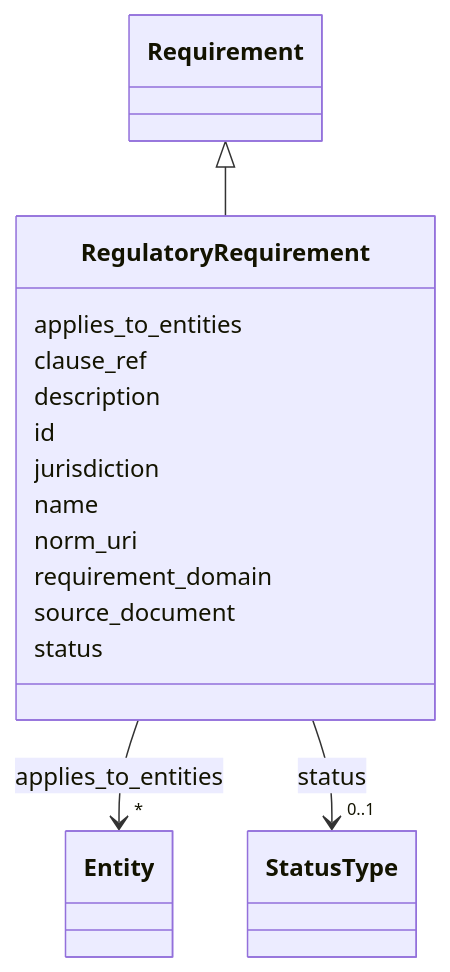
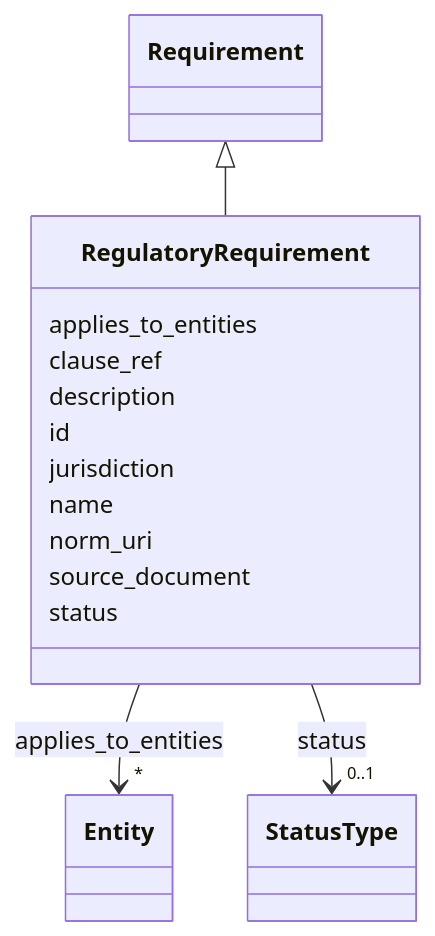
The diagram in site/schema/RegulatoryRequirement.md (simondilhas/pragmatic-bim-schema), drawn with Mermaid before and after one commit. The commit also changed other lines of this file and 443 other files, not shown here.

````diff
--- a/site/schema/RegulatoryRequirement.md
+++ b/site/schema/RegulatoryRequirement.md
@@ -23,21 +23,20 @@
 ```mermaid
  classDiagram
     class RegulatoryRequirement
     click RegulatoryRequirement href "./RegulatoryRequirement.html"
       Requirement <|-- RegulatoryRequirement
         click Requirement href "./Requirement.html"
       RegulatoryRequirement : applies_to_entities
         RegulatoryRequirement --> "*" Entity : applies_to_entities
         click Entity href "./Entity.html"
       RegulatoryRequirement : clause_ref
       RegulatoryRequirement : description
       RegulatoryRequirement : id
       RegulatoryRequirement : jurisdiction
       RegulatoryRequirement : name
       RegulatoryRequirement : norm_uri
-      RegulatoryRequirement : requirement_domain
       RegulatoryRequirement : source_document
       RegulatoryRequirement : status
         RegulatoryRequirement --> "0..1" StatusType : status
         click StatusType href "./StatusType.html"
 ```
````
